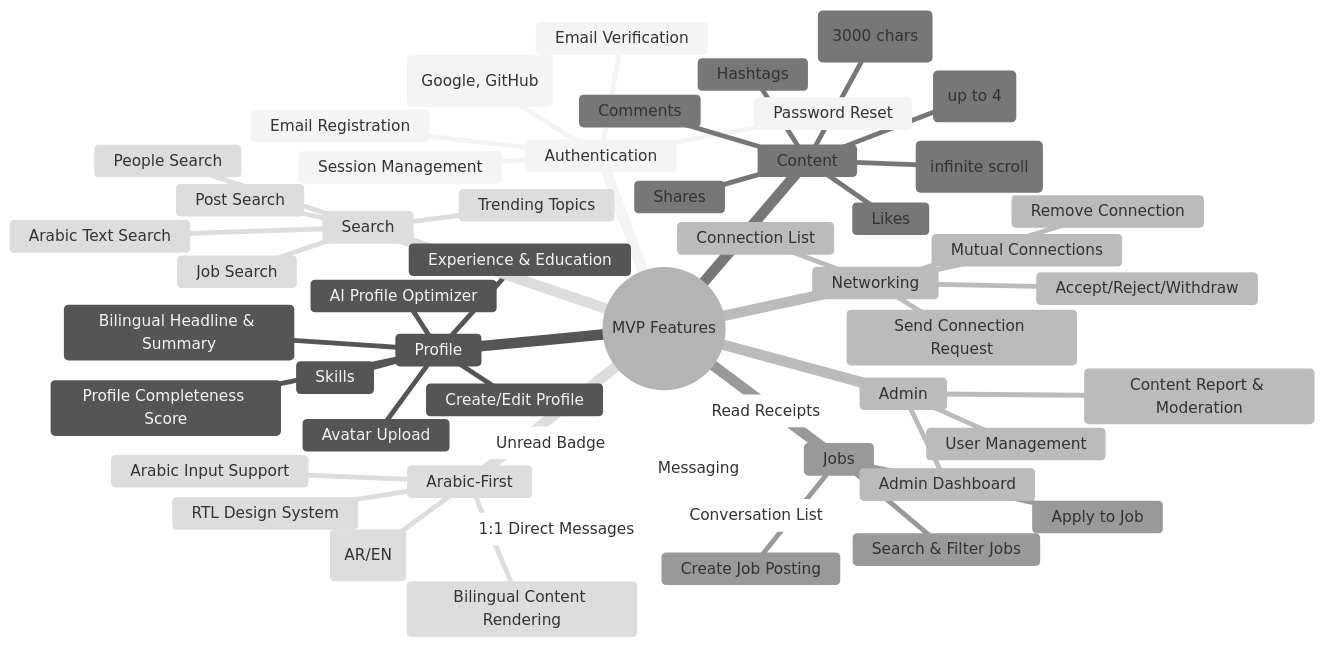
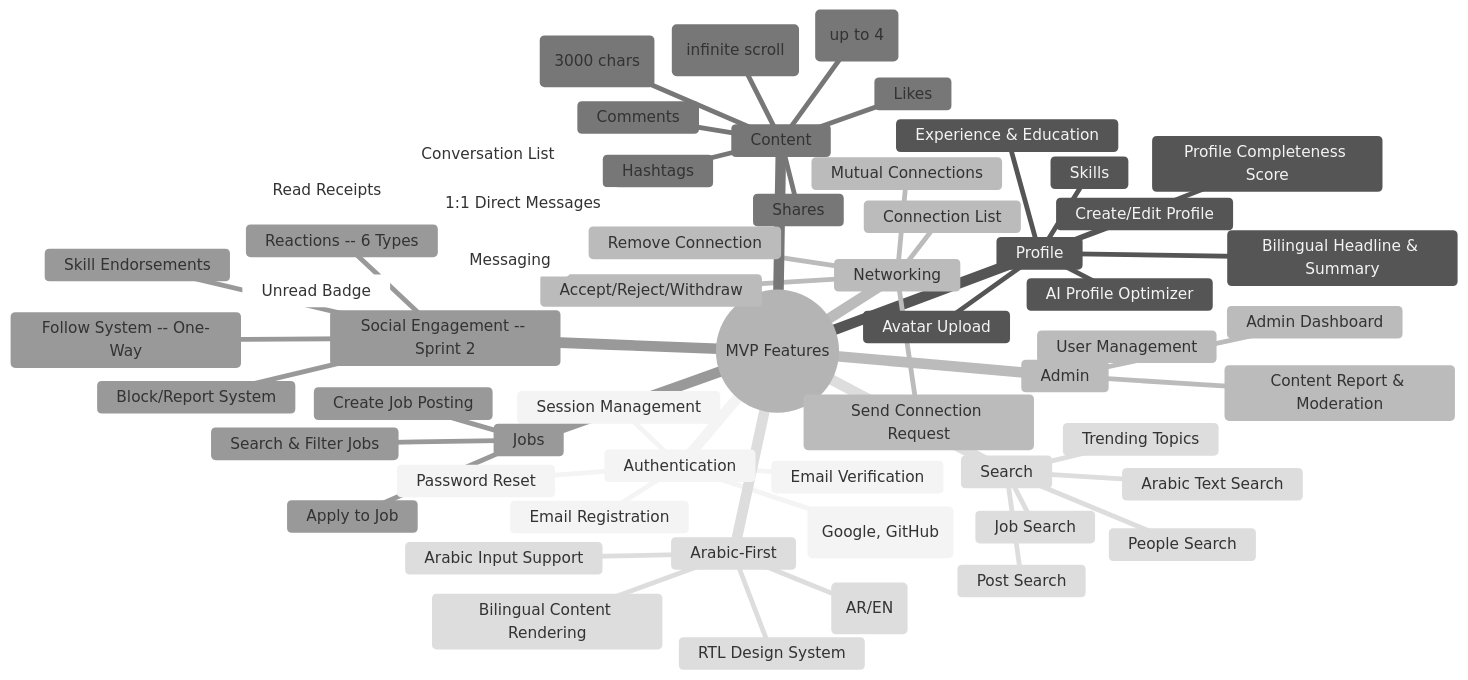
Before and after one commit to Tamoura/Claude-Code-creates-the-SW-company: the fourth of 18 diagrams in products/connectin/docs/PRD.md, drawn with Mermaid (neutral theme). The commit also changed other lines of this file and 5 other files, not shown here.

````diff
--- a/products/connectin/docs/PRD.md
+++ b/products/connectin/docs/PRD.md
@@ -626,56 +690,61 @@
 ```mermaid
 mindmap
   root((MVP Features))
     Authentication
       Email Registration
       OAuth (Google, GitHub)
       Email Verification
       Password Reset
       Session Management
     Profile
       Create/Edit Profile
       Bilingual Headline & Summary
       Experience & Education
       Skills
       Avatar Upload
       Profile Completeness Score
       AI Profile Optimizer
     Networking
       Send Connection Request
       Accept/Reject/Withdraw
       Connection List
       Mutual Connections
       Remove Connection
     Content
       Text Posts (3000 chars)
       Image Posts (up to 4)
       Likes
       Comments
       Shares
       Hashtags
       News Feed (infinite scroll)
     Jobs
       Create Job Posting
       Search & Filter Jobs
       Apply to Job
     Search
       People Search
       Post Search
       Job Search
       Arabic Text Search
       Trending Topics
     Messaging
       1:1 Direct Messages
       Conversation List
       Read Receipts
       Unread Badge
     Arabic-First
       Language Toggle (AR/EN)
       RTL Design System
       Bilingual Content Rendering
       Arabic Input Support
     Admin
       Admin Dashboard
       Content Report & Moderation
       User Management
+    Social Engagement -- Sprint 2
+      Reactions -- 6 Types
+      Follow System -- One-Way
+      Block/Report System
+      Skill Endorsements
 ```
````
